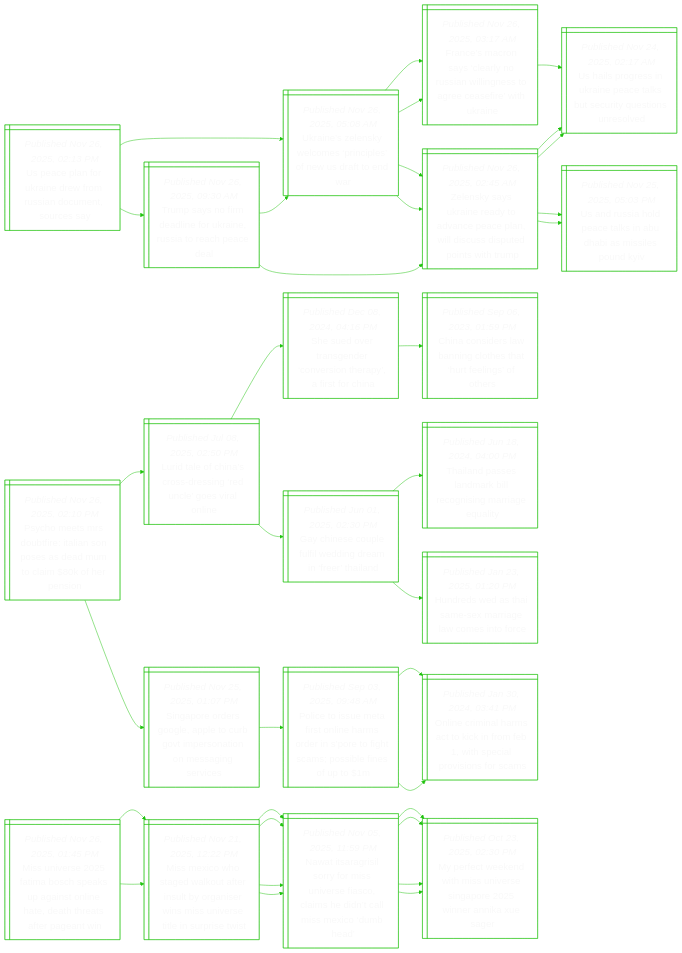
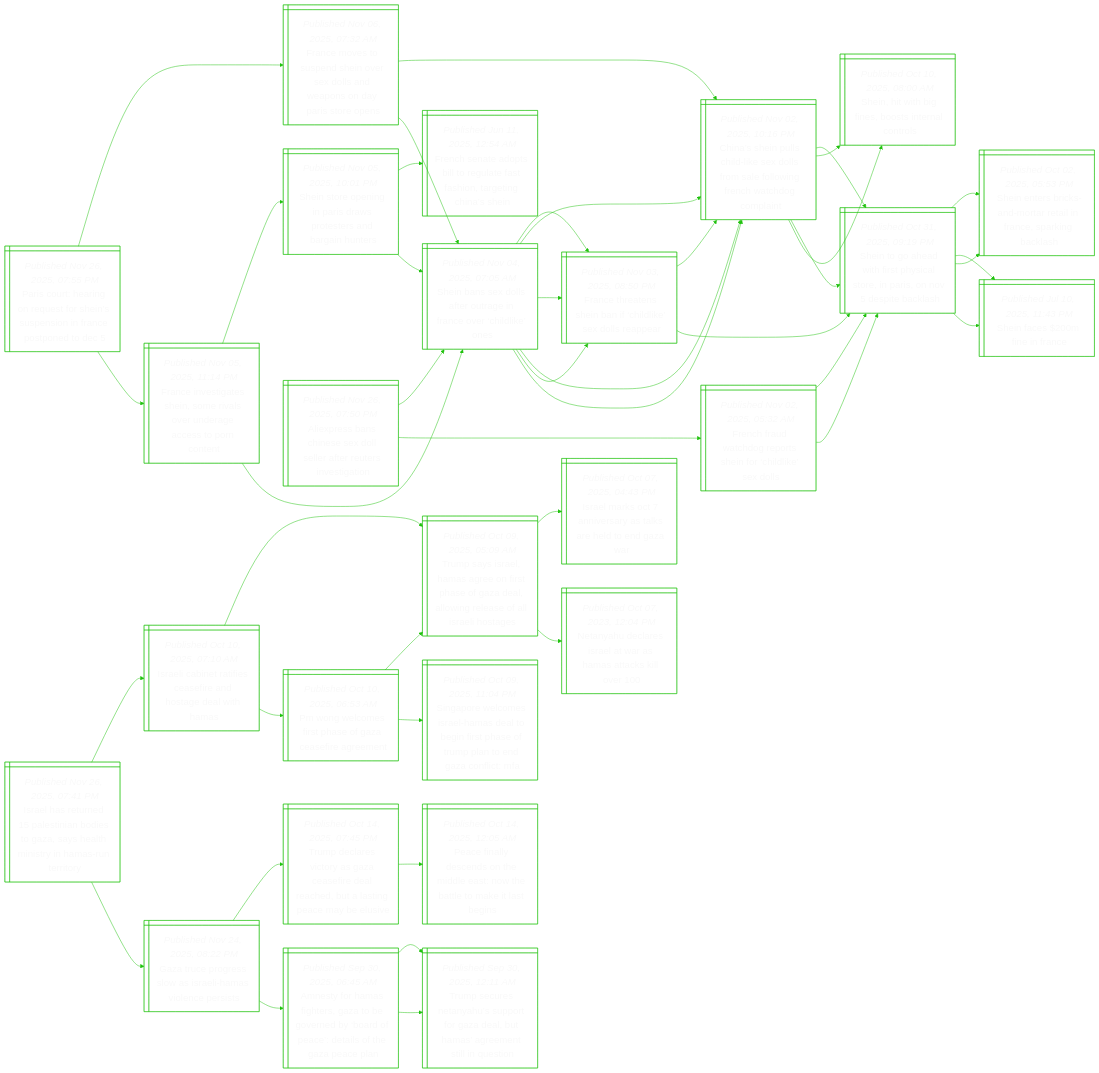
Before and after one commit to notJmes/notJmes: the diagram in README.md, drawn with Mermaid. The commit also changed other lines of this file, not shown here.

````diff
--- a/README.md
+++ b/README.md
@@ -16,115 +16,139 @@
 flowchart LR
 classDef txtsize font-size:20px;
 
-Ucnkefunmos@{ shape: win-pane, label: "_Published Nov 26, 2025, 02:13 PM_
-Us peace plan for ukraine drew from russian document, sources say" }
-Tsodirisohe@{ shape: win-pane, label: "_Published Nov 26, 2025, 09:30 AM_
-Trump says no firm deadline for ukraine, russia to reach peace deal" }
-Zsyaeonaalusdthp@{ shape: win-pane, label: "_Published Nov 26, 2025, 02:45 AM_
-Zelensky says ukraine ready to advance peace plan, will discuss disputed points with trump" }
-Ulgiaeauuqinl@{ shape: win-pane, label: "_Published Nov 24, 2025, 02:17 AM_
-Us hails progress in ukraine peace talks but security questions unresolved" }
-URaptiDaspK@{ shape: win-pane, label: "_Published Nov 25, 2025, 05:03 PM_
-Us and russia hold peace talks in abu dhabi as missiles pound kyiv" }
-UnlyorpfStd@{ shape: win-pane, label: "_Published Nov 26, 2025, 05:08 AM_
-Ukraine’s zelensky welcomes ‘principles’ of new us draft to end war" }
-Zsyaeonaalusdthp@{ shape: win-pane, label: "_Published Nov 26, 2025, 02:45 AM_
-Zelensky says ukraine ready to advance peace plan, will discuss disputed points with trump" }
-Feryaoilnoeewke@{ shape: win-pane, label: "_Published Nov 26, 2025, 03:17 AM_
-France’s macron says ‘clearly no russian willingness to agree ceasefire’ with ukraine" }
-UnlyorpfStd@{ shape: win-pane, label: "_Published Nov 26, 2025, 05:08 AM_
-Ukraine’s zelensky welcomes ‘principles’ of new us draft to end war" }
-Zsyaeonaalusdthp@{ shape: win-pane, label: "_Published Nov 26, 2025, 02:45 AM_
-Zelensky says ukraine ready to advance peace plan, will discuss disputed points with trump" }
-Ulgiaeauuqinl@{ shape: win-pane, label: "_Published Nov 24, 2025, 02:17 AM_
-Us hails progress in ukraine peace talks but security questions unresolved" }
-URaptiDaspK@{ shape: win-pane, label: "_Published Nov 25, 2025, 05:03 PM_
-Us and russia hold peace talks in abu dhabi as missiles pound kyiv" }
-Feryaoilnoeewke@{ shape: win-pane, label: "_Published Nov 26, 2025, 03:17 AM_
-France’s macron says ‘clearly no russian willingness to agree ceasefire’ with ukraine" }
-Ulgiaeauuqinl@{ shape: win-pane, label: "_Published Nov 24, 2025, 02:17 AM_
-Us hails progress in ukraine peace talks but security questions unresolved" }
+PcHnethsninsee@{ shape: win-pane, label: "_Published Nov 26, 2025, 07:55 PM_
+Paris court: hearing on request for shein’s suspension in france postponed to dec 5" }
+FessSoelwnairn@{ shape: win-pane, label: "_Published Nov 06, 2025, 07:32 AM_
+France moves to suspend shein over sex dolls and weapons on day paris store opens" }
+CsnsdsloeoFhhoi@{ shape: win-pane, label: "_Published Nov 02, 2025, 10:16 PM_
+China’s shein pulls child-like sex dolls from sale following french watchdog complaint" }
+SthirylerNsba@{ shape: win-pane, label: "_Published Oct 31, 2025, 09:19 PM_
+Shein to go ahead with first physical store, in paris, on nov 5 despite backlash" }
+Shtfbsrol@{ shape: win-pane, label: "_Published Oct 10, 2025, 08:00 AM_
+Shein, hit with big fines, boosts internal controls" }
+Sbelerncrdo@{ shape: win-pane, label: "_Published Nov 04, 2025, 07:05 AM_
+Shein bans sex dolls after outrage in france over ‘childlike’ ones" }
+FeaSbclelp@{ shape: win-pane, label: "_Published Nov 03, 2025, 08:50 PM_
+France threatens shein ban if ‘childlike’ sex dolls reappear" }
+CsnsdsloeoFhhoi@{ shape: win-pane, label: "_Published Nov 02, 2025, 10:16 PM_
+China’s shein pulls child-like sex dolls from sale following french watchdog complaint" }
+Festemaeeasrt@{ shape: win-pane, label: "_Published Nov 05, 2025, 11:14 PM_
+France investigates shein, some rivals over underage access to porn content" }
+Ssonarrtngus@{ shape: win-pane, label: "_Published Nov 05, 2025, 10:01 PM_
+Shein store opening in paris draws protesters and bargain hunters" }
+Fhtplettirnne@{ shape: win-pane, label: "_Published Jun 11, 2025, 12:54 AM_
+French senate adopts bill to regulate fast fashion, targeting china’s shein" }
+Sbelerncrdo@{ shape: win-pane, label: "_Published Nov 04, 2025, 07:05 AM_
+Shein bans sex dolls after outrage in france over ‘childlike’ ones" }
+Sbelerncrdo@{ shape: win-pane, label: "_Published Nov 04, 2025, 07:05 AM_
+Shein bans sex dolls after outrage in france over ‘childlike’ ones" }
+FeaSbclelp@{ shape: win-pane, label: "_Published Nov 03, 2025, 08:50 PM_
+France threatens shein ban if ‘childlike’ sex dolls reappear" }
+CsnsdsloeoFhhoi@{ shape: win-pane, label: "_Published Nov 02, 2025, 10:16 PM_
+China’s shein pulls child-like sex dolls from sale following french watchdog complaint" }
 
-Ucnkefunmos:::txtsize --> Tsodirisohe:::txtsize
-Tsodirisohe:::txtsize --> Zsyaeonaalusdthp:::txtsize
-Zsyaeonaalusdthp:::txtsize --> Ulgiaeauuqinl:::txtsize
-Zsyaeonaalusdthp:::txtsize --> URaptiDaspK:::txtsize
-Tsodirisohe:::txtsize --> UnlyorpfStd:::txtsize
-UnlyorpfStd:::txtsize --> Zsyaeonaalusdthp:::txtsize
-UnlyorpfStd:::txtsize --> Feryaoilnoeewke:::txtsize
-Ucnkefunmos:::txtsize --> UnlyorpfStd:::txtsize
-UnlyorpfStd:::txtsize --> Zsyaeonaalusdthp:::txtsize
-Zsyaeonaalusdthp:::txtsize --> Ulgiaeauuqinl:::txtsize
-Zsyaeonaalusdthp:::txtsize --> URaptiDaspK:::txtsize
-UnlyorpfStd:::txtsize --> Feryaoilnoeewke:::txtsize
-Feryaoilnoeewke:::txtsize --> Ulgiaeauuqinl:::txtsize
+PcHnethsninsee:::txtsize --> FessSoelwnairn:::txtsize
+FessSoelwnairn:::txtsize --> CsnsdsloeoFhhoi:::txtsize
+CsnsdsloeoFhhoi:::txtsize --> SthirylerNsba:::txtsize
+CsnsdsloeoFhhoi:::txtsize --> Shtfbsrol:::txtsize
+FessSoelwnairn:::txtsize --> Sbelerncrdo:::txtsize
+Sbelerncrdo:::txtsize --> FeaSbclelp:::txtsize
+Sbelerncrdo:::txtsize --> CsnsdsloeoFhhoi:::txtsize
+PcHnethsninsee:::txtsize --> Festemaeeasrt:::txtsize
+Festemaeeasrt:::txtsize --> Ssonarrtngus:::txtsize
+Ssonarrtngus:::txtsize --> Fhtplettirnne:::txtsize
+Ssonarrtngus:::txtsize --> Sbelerncrdo:::txtsize
+Festemaeeasrt:::txtsize --> Sbelerncrdo:::txtsize
+Sbelerncrdo:::txtsize --> FeaSbclelp:::txtsize
+Sbelerncrdo:::txtsize --> CsnsdsloeoFhhoi:::txtsize
 
-Posoiassdulopo@{ shape: win-pane, label: "_Published Nov 26, 2025, 02:10 PM_
-Psycho meets mrs doubtfire: italian son poses as dead mum to claim $80k of her pension" }
-Ltfassrceai@{ shape: win-pane, label: "_Published Jul 08, 2025, 02:50 PM_
-Lurid tale of china’s cross-dressing ‘red uncle’ goes viral online" }
-Sersevorffi@{ shape: win-pane, label: "_Published Dec 08, 2024, 04:16 PM_
-She sued over transgender ‘conversion therapy’, a first for china" }
-Ccdanlshegt@{ shape: win-pane, label: "_Published Sep 06, 2023, 01:59 PM_
-China considers law banning clothes that ‘hurt feelings’ of others" }
-Giceidrnrl@{ shape: win-pane, label: "_Published Jun 01, 2025, 02:30 PM_
-Gay chinese couple fulfil wedding dream in ‘freer’ thailand" }
-Tasarlgnrei@{ shape: win-pane, label: "_Published Jun 18, 2024, 04:00 PM_
-Thailand passes landmark bill recognising marriage equality" }
-Hedaeagcio@{ shape: win-pane, label: "_Published Jan 23, 2025, 01:20 PM_
-Hundreds wed as thai same-sex marriage law comes into force" }
-SprGeertrtnasc@{ shape: win-pane, label: "_Published Nov 25, 2025, 01:07 PM_
-Singapore orders google, apple to curb govt impersonation on messaging services" }
-PestsirdSthmsfoo@{ shape: win-pane, label: "_Published Sep 03, 2025, 09:48 AM_
-Police to issue meta first online harms order in s’pore to fight scams; possible fines of up to $1m" }
-Oeiacifehioors@{ shape: win-pane, label: "_Published Jan 30, 2024, 03:41 PM_
-Online criminal harms act to kick in from feb 1, with special provisions for scams" }
-Oeiacifehioors@{ shape: win-pane, label: "_Published Jan 30, 2024, 03:41 PM_
-Online criminal harms act to kick in from feb 1, with special provisions for scams" }
+Apbheolfesst@{ shape: win-pane, label: "_Published Nov 26, 2025, 07:50 PM_
+Aliexpress bans chinese sex doll seller after reuters investigation" }
+Sbelerncrdo@{ shape: win-pane, label: "_Published Nov 04, 2025, 07:05 AM_
+Shein bans sex dolls after outrage in france over ‘childlike’ ones" }
+FeaSbclelp@{ shape: win-pane, label: "_Published Nov 03, 2025, 08:50 PM_
+France threatens shein ban if ‘childlike’ sex dolls reappear" }
+CsnsdsloeoFhhoi@{ shape: win-pane, label: "_Published Nov 02, 2025, 10:16 PM_
+China’s shein pulls child-like sex dolls from sale following french watchdog complaint" }
+SthirylerNsba@{ shape: win-pane, label: "_Published Oct 31, 2025, 09:19 PM_
+Shein to go ahead with first physical store, in paris, on nov 5 despite backlash" }
+CsnsdsloeoFhhoi@{ shape: win-pane, label: "_Published Nov 02, 2025, 10:16 PM_
+China’s shein pulls child-like sex dolls from sale following french watchdog complaint" }
+SthirylerNsba@{ shape: win-pane, label: "_Published Oct 31, 2025, 09:19 PM_
+Shein to go ahead with first physical store, in paris, on nov 5 despite backlash" }
+Shtfbsrol@{ shape: win-pane, label: "_Published Oct 10, 2025, 08:00 AM_
+Shein, hit with big fines, boosts internal controls" }
+Fhdhesnhixs@{ shape: win-pane, label: "_Published Nov 02, 2025, 05:32 AM_
+French fraud watchdog reports shein for ‘childlike’ sex dolls" }
+SthirylerNsba@{ shape: win-pane, label: "_Published Oct 31, 2025, 09:19 PM_
+Shein to go ahead with first physical store, in paris, on nov 5 despite backlash" }
+Seskmrirsich@{ shape: win-pane, label: "_Published Oct 02, 2025, 05:53 PM_
+Shein enters bricks-and-mortar retail in france, sparking backlash" }
+Sfmin@{ shape: win-pane, label: "_Published Jul 10, 2025, 11:43 PM_
+Shein faces $200m fine in france" }
+SthirylerNsba@{ shape: win-pane, label: "_Published Oct 31, 2025, 09:19 PM_
+Shein to go ahead with first physical store, in paris, on nov 5 despite backlash" }
+Seskmrirsich@{ shape: win-pane, label: "_Published Oct 02, 2025, 05:53 PM_
+Shein enters bricks-and-mortar retail in france, sparking backlash" }
+Sfmin@{ shape: win-pane, label: "_Published Jul 10, 2025, 11:43 PM_
+Shein faces $200m fine in france" }
 
-Posoiassdulopo:::txtsize --> Ltfassrceai:::txtsize
-Ltfassrceai:::txtsize --> Sersevorffi:::txtsize
-Sersevorffi:::txtsize --> Ccdanlshegt:::txtsize
-Ltfassrceai:::txtsize --> Giceidrnrl:::txtsize
-Giceidrnrl:::txtsize --> Tasarlgnrei:::txtsize
-Giceidrnrl:::txtsize --> Hedaeagcio:::txtsize
-Posoiassdulopo:::txtsize --> SprGeertrtnasc:::txtsize
-SprGeertrtnasc:::txtsize --> PestsirdSthmsfoo:::txtsize
-PestsirdSthmsfoo:::txtsize --> Oeiacifehioors:::txtsize
-PestsirdSthmsfoo:::txtsize --> Oeiacifehioors:::txtsize
+Apbheolfesst:::txtsize --> Sbelerncrdo:::txtsize
+Sbelerncrdo:::txtsize --> FeaSbclelp:::txtsize
+FeaSbclelp:::txtsize --> CsnsdsloeoFhhoi:::txtsize
+FeaSbclelp:::txtsize --> SthirylerNsba:::txtsize
+Sbelerncrdo:::txtsize --> CsnsdsloeoFhhoi:::txtsize
+CsnsdsloeoFhhoi:::txtsize --> SthirylerNsba:::txtsize
+CsnsdsloeoFhhoi:::txtsize --> Shtfbsrol:::txtsize
+Apbheolfesst:::txtsize --> Fhdhesnhixs:::txtsize
+Fhdhesnhixs:::txtsize --> SthirylerNsba:::txtsize
+SthirylerNsba:::txtsize --> Seskmrirsich:::txtsize
+SthirylerNsba:::txtsize --> Sfmin:::txtsize
+Fhdhesnhixs:::txtsize --> SthirylerNsba:::txtsize
+SthirylerNsba:::txtsize --> Seskmrirsich:::txtsize
+SthirylerNsba:::txtsize --> Sfmin:::txtsize
 
-Mnsisepnlaarapn@{ shape: win-pane, label: "_Published Nov 26, 2025, 01:45 PM_
-Miss universe 2025 fatima bosch speaks up against online hate, death threats after pageant win" }
-Mewaatrlrsnseinrw@{ shape: win-pane, label: "_Published Nov 21, 2025, 12:22 PM_
-Miss mexico who staged walkout after insult by organiser wins miss universe title in surprise twist" }
-NIairMnssaetMede@{ shape: win-pane, label: "_Published Nov 05, 2025, 11:59 PM_
-Nawat itsaragrisil sorry for miss universe fiasco, claims he didn’t call miss mexico ‘dumb head’" }
-MfedMnsgeeier@{ shape: win-pane, label: "_Published Oct 23, 2025, 02:30 PM_
-My perfect weekend with miss universe singapore 2025 winner annika xue sager" }
-NIairMnssaetMede@{ shape: win-pane, label: "_Published Nov 05, 2025, 11:59 PM_
-Nawat itsaragrisil sorry for miss universe fiasco, claims he didn’t call miss mexico ‘dumb head’" }
-MfedMnsgeeier@{ shape: win-pane, label: "_Published Oct 23, 2025, 02:30 PM_
-My perfect weekend with miss universe singapore 2025 winner annika xue sager" }
-Mewaatrlrsnseinrw@{ shape: win-pane, label: "_Published Nov 21, 2025, 12:22 PM_
-Miss mexico who staged walkout after insult by organiser wins miss universe title in surprise twist" }
-NIairMnssaetMede@{ shape: win-pane, label: "_Published Nov 05, 2025, 11:59 PM_
-Nawat itsaragrisil sorry for miss universe fiasco, claims he didn’t call miss mexico ‘dumb head’" }
-MfedMnsgeeier@{ shape: win-pane, label: "_Published Oct 23, 2025, 02:30 PM_
-My perfect weekend with miss universe singapore 2025 winner annika xue sager" }
-NIairMnssaetMede@{ shape: win-pane, label: "_Published Nov 05, 2025, 11:59 PM_
-Nawat itsaragrisil sorry for miss universe fiasco, claims he didn’t call miss mexico ‘dumb head’" }
-MfedMnsgeeier@{ shape: win-pane, label: "_Published Oct 23, 2025, 02:30 PM_
-My perfect weekend with miss universe singapore 2025 winner annika xue sager" }
+IleeeidoseMtHrrr@{ shape: win-pane, label: "_Published Nov 26, 2025, 07:41 PM_
+Israel has returned 15 palestinian bodies to gaza, says health ministry in hamas-run territory" }
+Iliaeseoewa@{ shape: win-pane, label: "_Published Oct 10, 2025, 07:10 AM_
+Israeli cabinet ratifies ceasefire and hostage deal with hamas" }
+TssHaossaaorslaoe@{ shape: win-pane, label: "_Published Oct 09, 2025, 05:09 AM_
+Trump says israel, hamas agree on first phase of gaza deal, allowing release of all israeli hostages" }
+Ilsnrakhoar@{ shape: win-pane, label: "_Published Oct 07, 2025, 04:43 PM_
+Israel marks oct 7 anniversary as talks are held to end gaza war" }
+NyeeawHakl@{ shape: win-pane, label: "_Published Oct 07, 2023, 12:04 PM_
+Netanyahu declares israel at war as hamas attacks kill over 100" }
+Pgoihfcfge@{ shape: win-pane, label: "_Published Oct 10, 2025, 06:53 AM_
+Pm wong welcomes first phase of gaza ceasefire agreement" }
+TssHaossaaorslaoe@{ shape: win-pane, label: "_Published Oct 09, 2025, 05:09 AM_
+Trump says israel, hamas agree on first phase of gaza deal, allowing release of all israeli hostages" }
+SpeeamaeihfptGoc@{ shape: win-pane, label: "_Published Oct 09, 2025, 11:04 PM_
+Singapore welcomes israel-hamas deal to begin first phase of trump plan to end gaza conflict: mfa" }
+GrrswrHvnrs@{ shape: win-pane, label: "_Published Nov 24, 2025, 08:22 PM_
+Gaza truce progress slow as israeli-hamas violence persists" }
+Tdrcaaededlncbs@{ shape: win-pane, label: "_Published Oct 14, 2025, 07:45 PM_
+Trump declares victory as gaza ceasefire deal reached, but a lasting peace may be elusive" }
+PflcoMeNelale@{ shape: win-pane, label: "_Published Oct 14, 2025, 12:05 AM_
+Peace finally descends on the middle east: now the battle to make it last begins" }
+AtHfezerydatoGel@{ shape: win-pane, label: "_Published Sep 30, 2025, 06:45 AM_
+Amnesty for hamas fighters, gaza to be governed by ‘board of peace’: details of the gaza peace plan" }
+Tseaupoabmrnluo@{ shape: win-pane, label: "_Published Sep 30, 2025, 12:11 AM_
+Trump secures netanyahu’s support for gaza deal, but hamas’ agreement still in question" }
+Tseaupoabmrnluo@{ shape: win-pane, label: "_Published Sep 30, 2025, 12:11 AM_
+Trump secures netanyahu’s support for gaza deal, but hamas’ agreement still in question" }
 
-Mnsisepnlaarapn:::txtsize --> Mewaatrlrsnseinrw:::txtsize
-Mewaatrlrsnseinrw:::txtsize --> NIairMnssaetMede:::txtsize
-NIairMnssaetMede:::txtsize --> MfedMnsgeeier:::txtsize
-Mewaatrlrsnseinrw:::txtsize --> NIairMnssaetMede:::txtsize
-NIairMnssaetMede:::txtsize --> MfedMnsgeeier:::txtsize
-Mnsisepnlaarapn:::txtsize --> Mewaatrlrsnseinrw:::txtsize
-Mewaatrlrsnseinrw:::txtsize --> NIairMnssaetMede:::txtsize
-NIairMnssaetMede:::txtsize --> MfedMnsgeeier:::txtsize
-Mewaatrlrsnseinrw:::txtsize --> NIairMnssaetMede:::txtsize
-NIairMnssaetMede:::txtsize --> MfedMnsgeeier:::txtsize
+IleeeidoseMtHrrr:::txtsize --> Iliaeseoewa:::txtsize
+Iliaeseoewa:::txtsize --> TssHaossaaorslaoe:::txtsize
+TssHaossaaorslaoe:::txtsize --> Ilsnrakhoar:::txtsize
+TssHaossaaorslaoe:::txtsize --> NyeeawHakl:::txtsize
+Iliaeseoewa:::txtsize --> Pgoihfcfge:::txtsize
+Pgoihfcfge:::txtsize --> TssHaossaaorslaoe:::txtsize
+Pgoihfcfge:::txtsize --> SpeeamaeihfptGoc:::txtsize
+IleeeidoseMtHrrr:::txtsize --> GrrswrHvnrs:::txtsize
+GrrswrHvnrs:::txtsize --> Tdrcaaededlncbs:::txtsize
+Tdrcaaededlncbs:::txtsize --> PflcoMeNelale:::txtsize
+GrrswrHvnrs:::txtsize --> AtHfezerydatoGel:::txtsize
+AtHfezerydatoGel:::txtsize --> Tseaupoabmrnluo:::txtsize
+AtHfezerydatoGel:::txtsize --> Tseaupoabmrnluo:::txtsize
 
 ```
````
